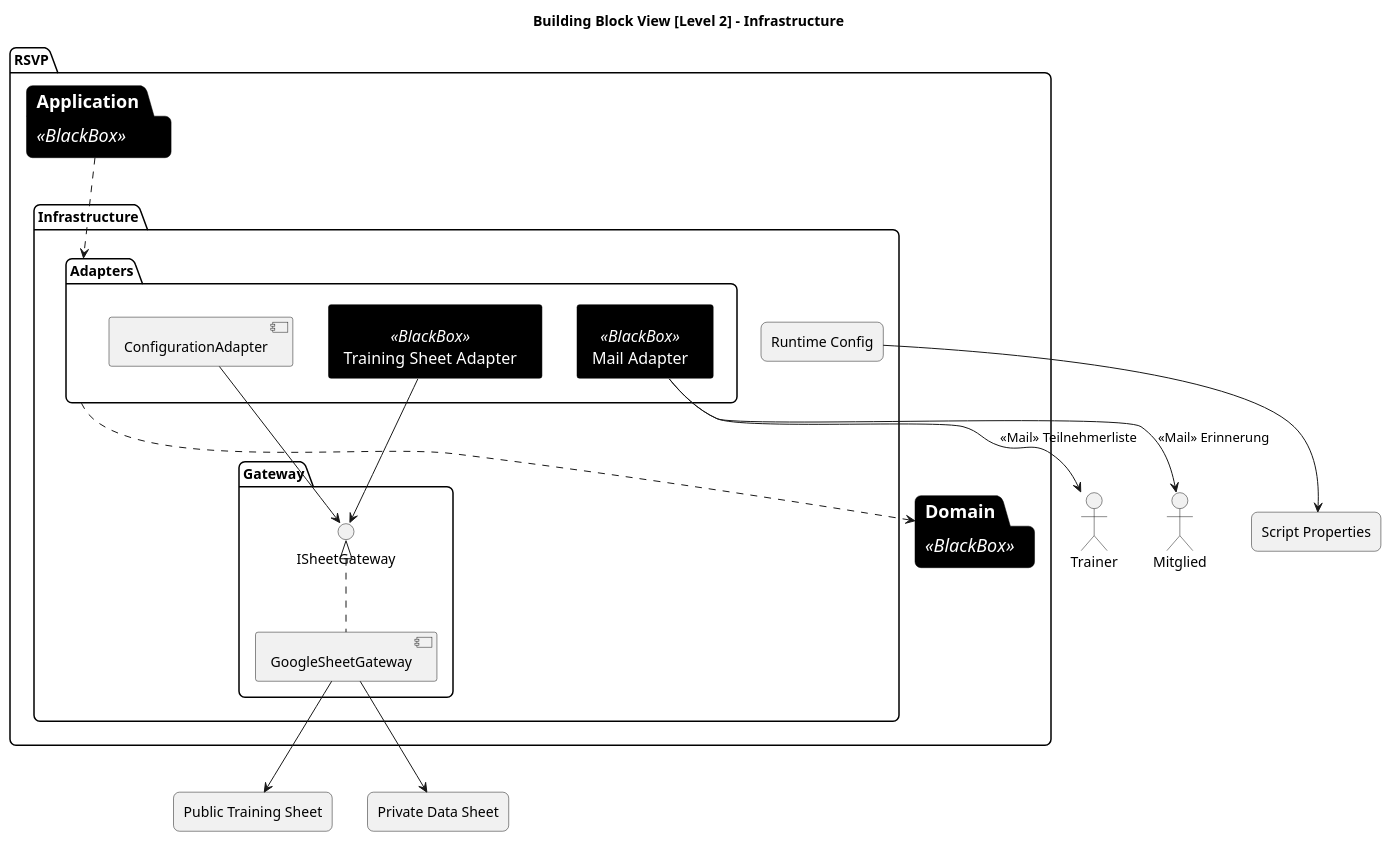
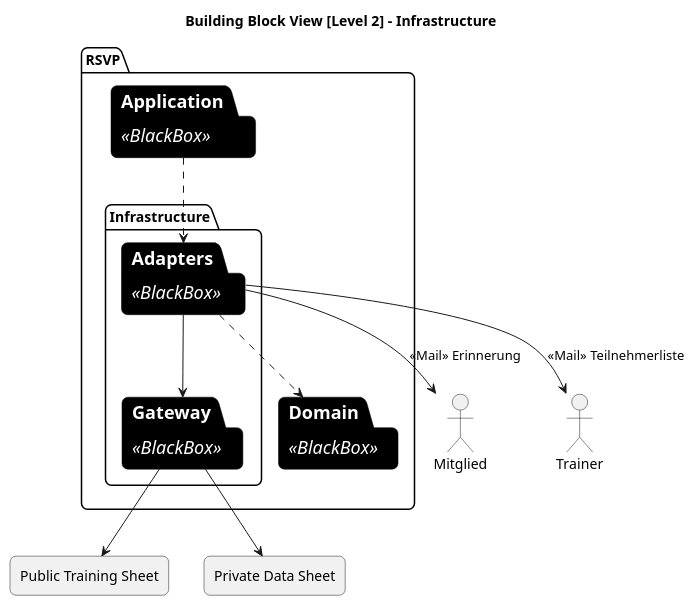
Before and after one commit to Latissi/google-sheet-rsvp-integration: the diagram in docs/5_Building_Block_View/building_block_lvl_2_infrastructure.puml, drawn with PlantUML. The commit also changed 1 other file, not shown here.

```diff
--- a/docs/5_Building_Block_View/building_block_lvl_2_infrastructure.puml
+++ b/docs/5_Building_Block_View/building_block_lvl_2_infrastructure.puml
@@ -1,70 +1,57 @@
 @startuml
 title Building Block View [Level 2] - Infrastructure
 
 skinparam shadowing false
 skinparam defaultTextAlignment center
 skinparam rectangle {
   RoundCorner 12
 }
 skinparam package {
   RoundCorner 12
 }
 skinparam package<<BlackBox>> {
   BackgroundColor black
   BorderColor black
   FontColor white
   FontSize 18
   Padding 60
 }
 skinparam rectangle<<BlackBox>> {
   BackgroundColor black
   BorderColor black
   FontColor white
   FontSize 18
 }
 skinparam component<<BlackBox>> {
   BackgroundColor black
   BorderColor black
   FontColor white
   FontSize 16
 }
 
 actor "Mitglied" as Member
 actor "Trainer" as Trainer
 
 rectangle "Public Training Sheet" as PublicSheet
 rectangle "Private Data Sheet" as PrivateSheet
-rectangle "Script Properties" as ScriptProperties
 
 package RSVP {
   package "Application" as Application <<BlackBox>>
   package "Domain" as Domain <<BlackBox>>
 
   package "Infrastructure" as Infrastructure {
-    package "Adapters" as Adapters {
-      component ConfigurationAdapter
-      component "Training Sheet Adapter" as TrainingSheetAdapter <<BlackBox>>
-      component "Mail Adapter" as MailAdapter <<BlackBox>>
-    }
+    package "Adapters" as Adapters <<BlackBox>>
 
-    package "Gateway" as Gateway {
-      interface ISheetGateway
-      component GoogleSheetGateway
-    }
-
-    rectangle "Runtime Config" as RuntimeConfig
+    package "Gateway" as Gateway <<BlackBox>>
   }
 }
 
 Application ..> Adapters
 Adapters ..> Domain
-ConfigurationAdapter --> ISheetGateway
-TrainingSheetAdapter --> ISheetGateway
-GoogleSheetGateway .up.|> ISheetGateway
-GoogleSheetGateway --> PublicSheet
-GoogleSheetGateway --> PrivateSheet
-RuntimeConfig --> ScriptProperties
+Adapters --> Gateway
+Gateway --> PublicSheet
+Gateway --> PrivateSheet
 
-MailAdapter --> Member : <<Mail>> Erinnerung
-MailAdapter --> Trainer : <<Mail>> Teilnehmerliste
+Adapters --> Member : <<Mail>> Erinnerung
+Adapters --> Trainer : <<Mail>> Teilnehmerliste
 @enduml
```
